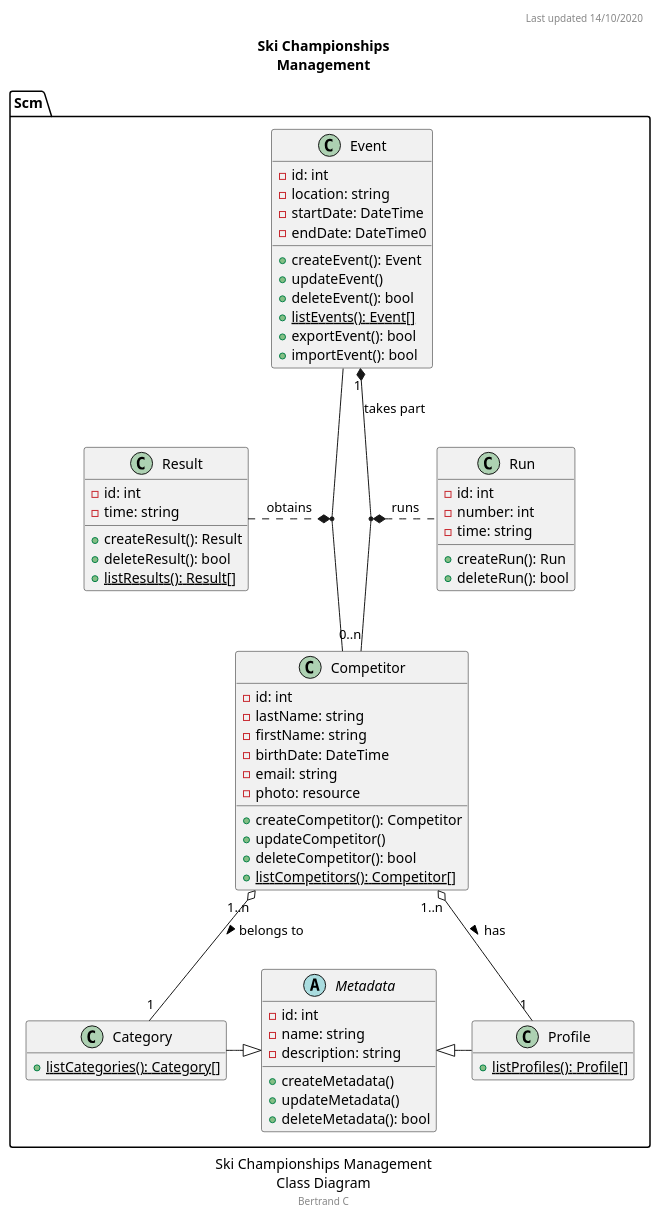
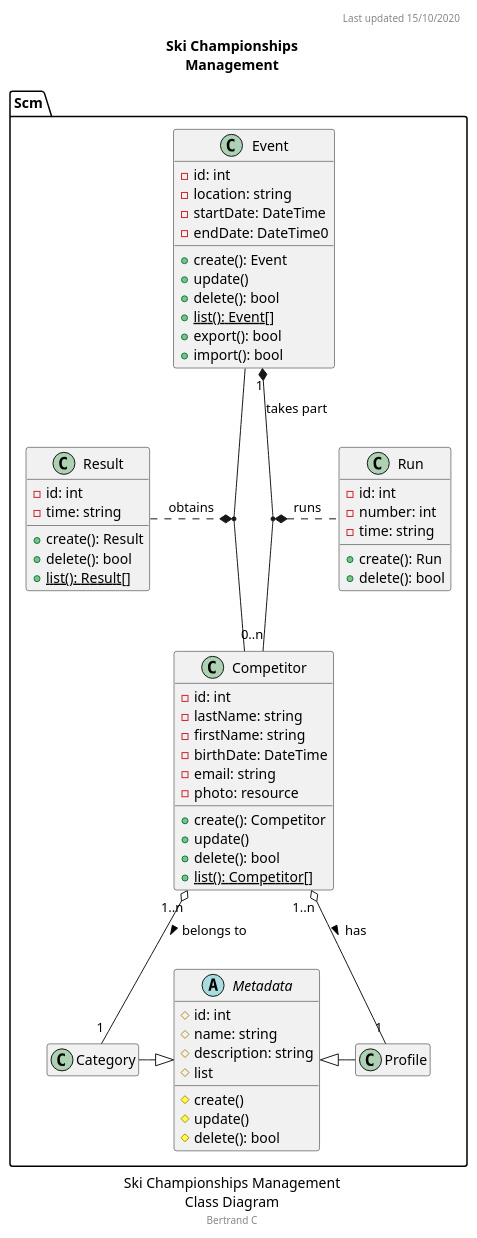
One commit to bcheronn/ski-championships-management changed the second of 2 diagrams in docs/diagrams/src/Ski Championship Management.wsd. Above: the diagram before and after it, drawn with PlantUML. The commit also changed 1 other file, not shown here.

Commit message:
Class diagram update (renaming method, abstract class)

```diff
--- a/docs/diagrams/src/Ski Championship Management.wsd
+++ b/docs/diagrams/src/Ski Championship Management.wsd
@@ -8,85 +8,84 @@
 @startuml "Ski Championships Management Class Diagram"
 hide empty members
 caption Ski Championships Management\nClass Diagram
 footer Bertrand C
-header Last updated 14/10/2020
+header Last updated 15/10/2020
 title Ski Championships\nManagement
 
 namespace Scm {
     'note "This is a floating note\n<b>in case I need it</b>" as N1
 
     class Event
     {
         -id: int
         -location: string
         -startDate: DateTime
         -endDate: DateTime0
-        +createEvent(): Event
-        +updateEvent() 
-        +deleteEvent(): bool
-        +{static}listEvents(): Event[]
-        +exportEvent(): bool
-        +importEvent(): bool
+        +create(): Event
+        +update()
+        +delete(): bool
+        +{static}list(): Event[]
+        +export(): bool
+        +import(): bool
     }
 
     class Competitor
     {
         -id: int
         -lastName: string
         -firstName: string
         -birthDate: DateTime
         -email: string
         -photo: resource
-        +createCompetitor(): Competitor
-        +updateCompetitor()
-        +deleteCompetitor(): bool
-        +{static}listCompetitors(): Competitor[]
+        +create(): Competitor
+        +update()
+        +delete(): bool
+        +{static}list(): Competitor[]
     }
 
     class Run
     {
         -id: int
         -number: int
         -time: string
-        +createRun(): Run
-        +deleteRun(): bool
+        +create(): Run
+        +delete(): bool
     }
 
     class Result
     {
         -id: int
         -time: string
-        +createResult(): Result
-        +deleteResult(): bool
-        +{static}listResults(): Result[]
+        +create(): Result
+        +delete(): bool
+        +{static}list(): Result[]
     }
 
     abstract Metadata
     {
-        -id: int
-        -name: string
-        -description: string
-        +createMetadata()
-        +updateMetadata()
-        +deleteMetadata(): bool
+        #id: int
+        #name: string
+        #description: string
+        #create()
+        #update()
+        #delete(): bool
+        #list
     }
 
     class Category
     {
-        +{static}listCategories(): Category[]
     }
 
     class Profile
     {
-        +{static}listProfiles(): Profile[]
     }
 
     (Event, Competitor) "1" *.. "1" Result : obtains
     Event "1" *-- "0..n" Competitor : < takes part
     (Event, Competitor) "1" *.. "0..2" Run : runs
     Metadata <|-l- Category
     Metadata <|-r- Profile
     Competitor "1..n" o-- "1" Category : belongs to >
     Competitor "1..n" o-- "1" Profile : has >
 }
 @enduml
```
